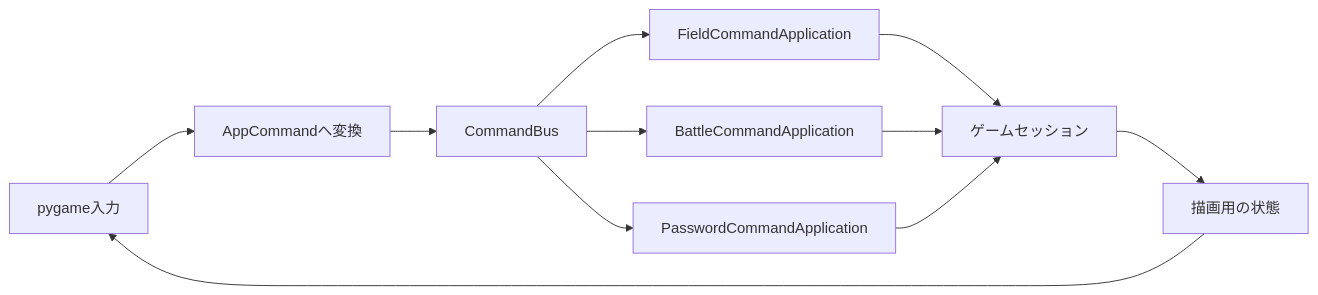
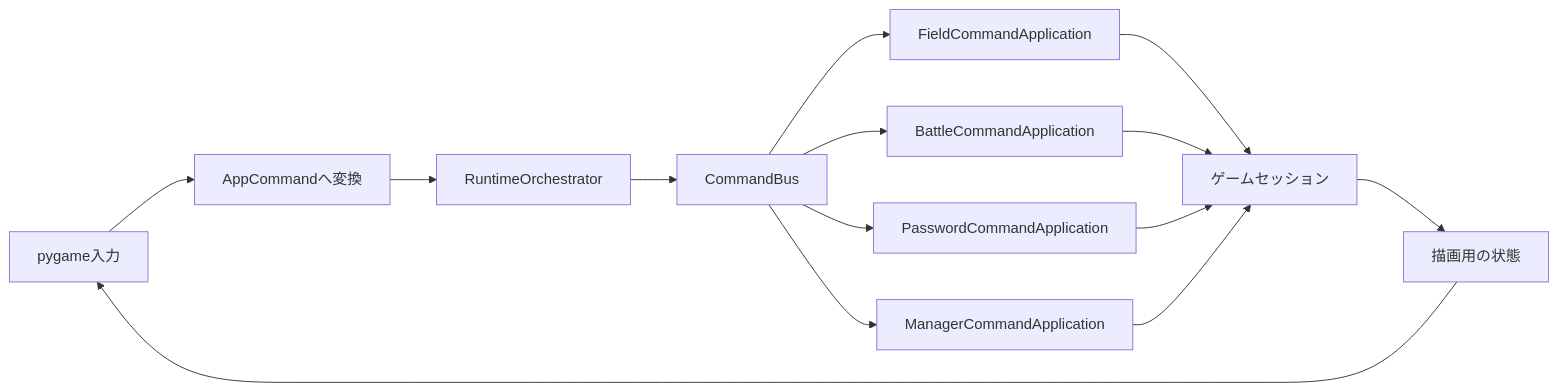
Before and after one commit to tomiya7688/kadoka_quest: the diagram in docs/コマンド駆動アプリ基盤機能説明書.md, drawn with Mermaid. The commit also changed other lines of this file and 16 other files, not shown here.

````diff
--- a/docs/コマンド駆動アプリ基盤機能説明書.md
+++ b/docs/コマンド駆動アプリ基盤機能説明書.md
@@ -19,13 +19,16 @@
 ```mermaid
 flowchart LR
     P[pygame入力] --> C[AppCommandへ変換]
-    C --> B[CommandBus]
+    C --> O[RuntimeOrchestrator]
+    O --> B[CommandBus]
     B --> F[FieldCommandApplication]
     B --> T[BattleCommandApplication]
     B --> W[PasswordCommandApplication]
+    B --> M[ManagerCommandApplication]
     F --> S[ゲームセッション]
     T --> S
     W --> S
+    M --> S
     S --> R[描画用の状態]
     R --> P
 ```
````
